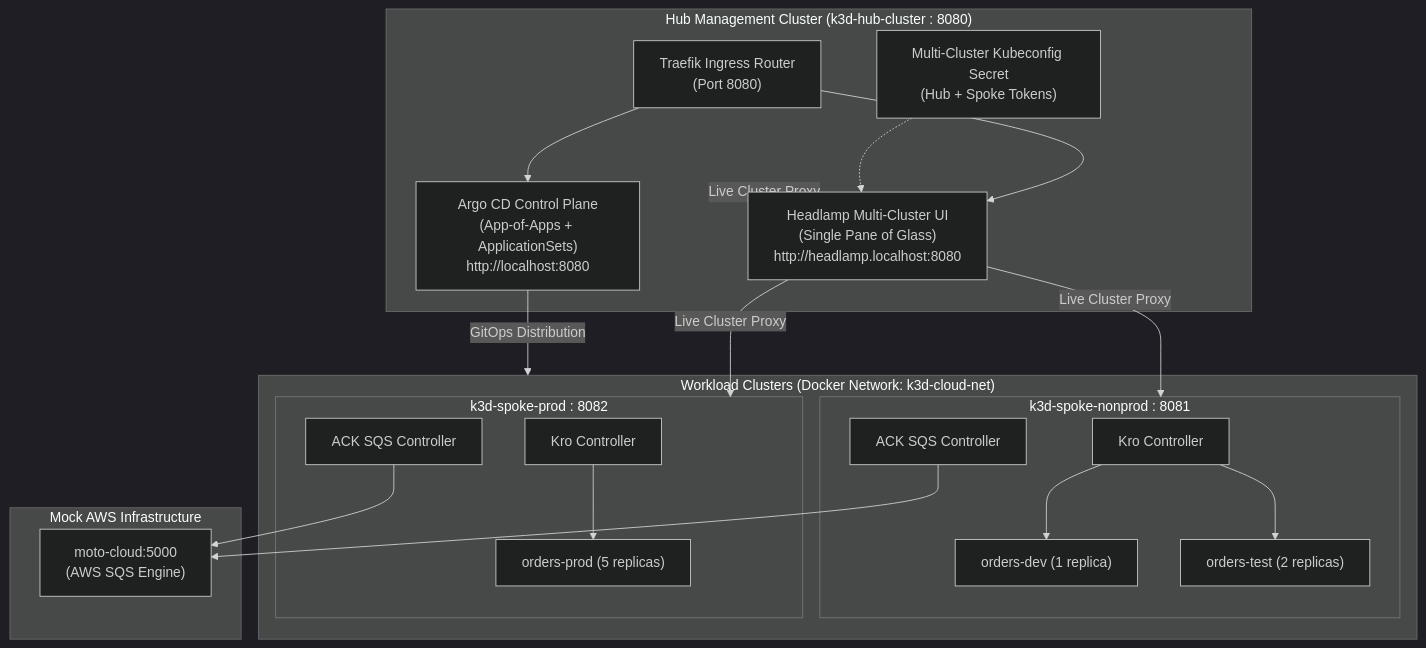
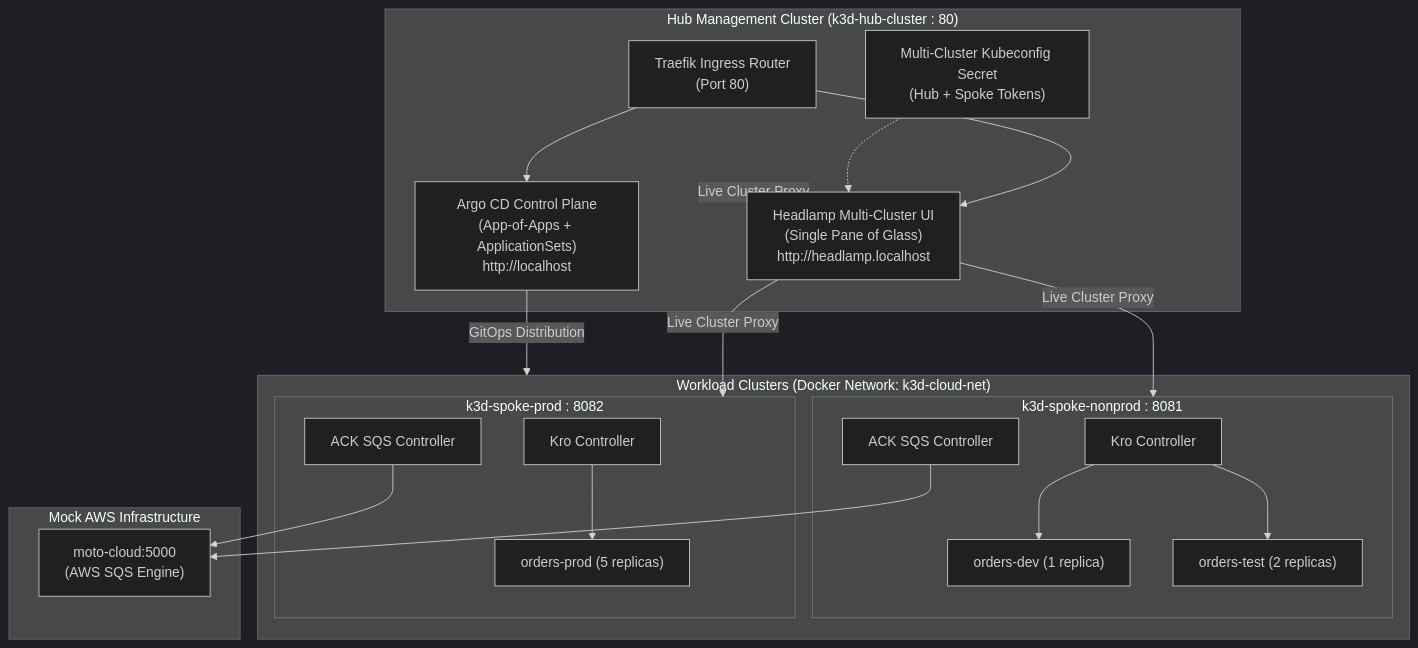
Before and after one commit to brunobml/gitops-control-plane: the first of 7 diagrams in docs/lab-progression-and-next-steps.md, drawn with Mermaid (dark theme). The commit also changed other lines of this file and 31 other files, not shown here.

Commit message:
feat(track-i): hub on ports 80/443 with portless URLs; *.localhost resolves to Traefik in-cluster; Keycloak reachable only via Traefik; lab TLS certificate (mkcert or self-signed fallback) with HTTPS->HTTP redirect; CI sso-urls guard (2026-10-03 plan v1.1, I.1/I.2/I.4, R-9..R-12)

````diff
--- a/docs/lab-progression-and-next-steps.md
+++ b/docs/lab-progression-and-next-steps.md
@@ -14,39 +14,39 @@
 ```mermaid
 flowchart TD
-    subgraph Hub["Hub Management Cluster (k3d-hub-cluster : 8080)"]
-        Traefik["Traefik Ingress Router\n(Port 8080)"]
-        ArgoCD["Argo CD Control Plane\n(App-of-Apps + ApplicationSets)\nhttp://localhost:8080"]
-        Headlamp["Headlamp Multi-Cluster UI\n(Single Pane of Glass)\nhttp://headlamp.localhost:8080"]
+    subgraph Hub["Hub Management Cluster (k3d-hub-cluster : 80)"]
+        Traefik["Traefik Ingress Router\n(Port 80)"]
+        ArgoCD["Argo CD Control Plane\n(App-of-Apps + ApplicationSets)\nhttp://localhost"]
+        Headlamp["Headlamp Multi-Cluster UI\n(Single Pane of Glass)\nhttp://headlamp.localhost"]
         MultiKubeconfig["Multi-Cluster Kubeconfig Secret\n(Hub + Spoke Tokens)"]
     end
 
     subgraph Spokes["Workload Clusters (Docker Network: k3d-cloud-net)"]
         subgraph NonProd["k3d-spoke-nonprod : 8081"]
             KroNP["Kro Controller"]
             AckNP["ACK SQS Controller"]
             Dev["orders-dev (1 replica)"]
             Test["orders-test (2 replicas)"]
         end
         subgraph Prod["k3d-spoke-prod : 8082"]
             KroP["Kro Controller"]
             AckP["ACK SQS Controller"]
             ProdApp["orders-prod (5 replicas)"]
         end
     end
 
     subgraph Cloud["Mock AWS Infrastructure"]
         Moto["moto-cloud:5000\n(AWS SQS Engine)"]
     end
 
     Traefik --> ArgoCD
     Traefik --> Headlamp
     MultiKubeconfig -.-> Headlamp
     Headlamp -->|Live Cluster Proxy| Hub
     Headlamp -->|Live Cluster Proxy| NonProd
     Headlamp -->|Live Cluster Proxy| Prod
 
     ArgoCD -->|GitOps Distribution| Spokes
     KroNP --> Dev & Test
     KroP --> ProdApp
     AckNP & AckP --> Moto
 ```
````
